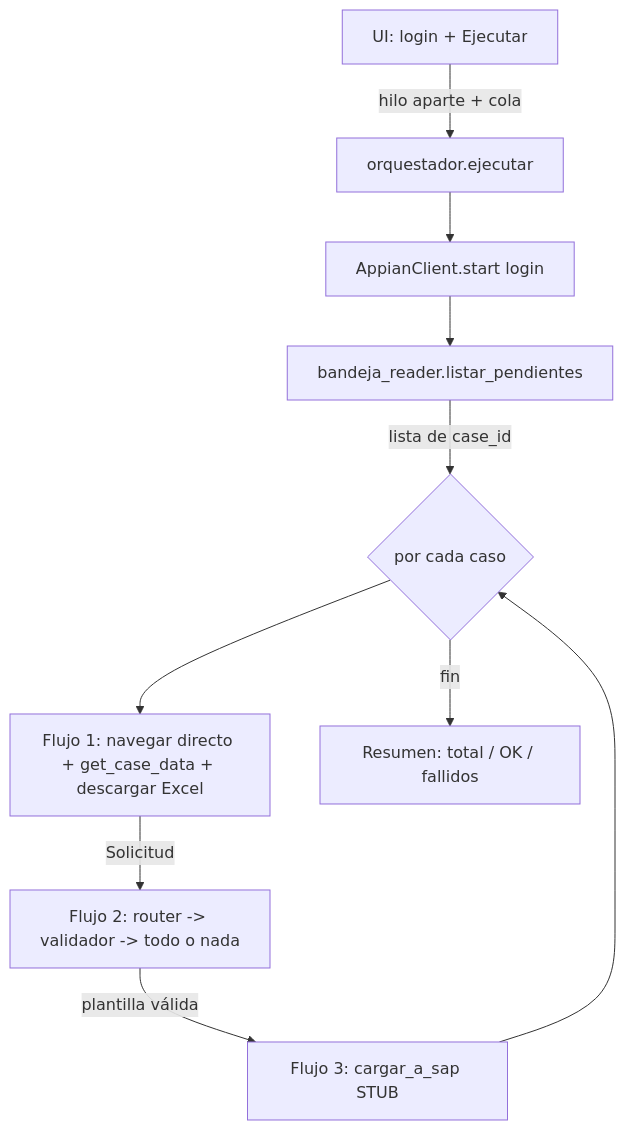
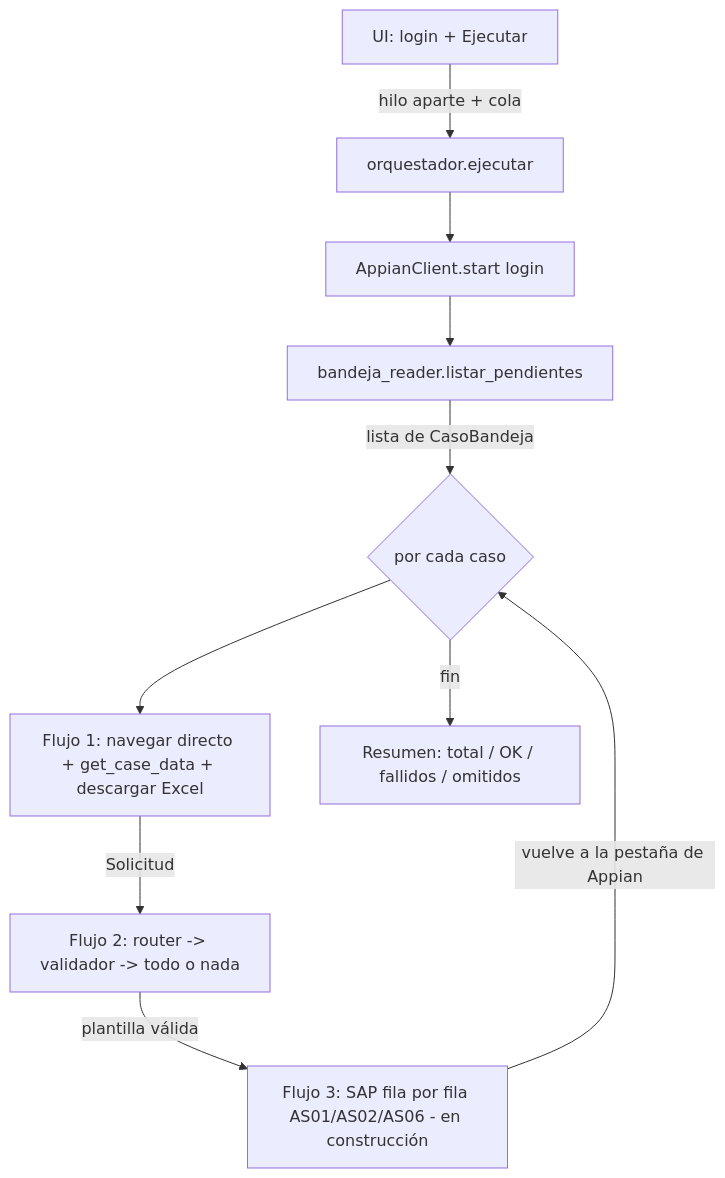
Before and after one commit to eZuLuagaRpo/activosFijos: the diagram in rpa_activos_fijos/docs/ESTADO_PROYECTO.md, drawn with Mermaid. The commit also changed other lines of this file and 18 other files, not shown here.

````diff
--- a/rpa_activos_fijos/docs/ESTADO_PROYECTO.md
+++ b/rpa_activos_fijos/docs/ESTADO_PROYECTO.md
@@ -138,12 +148,12 @@
 ```mermaid
 flowchart TD
     UI[UI: login + Ejecutar] -->|hilo aparte + cola| ORQ[orquestador.ejecutar]
     ORQ --> C[AppianClient.start login]
     C --> B[bandeja_reader.listar_pendientes]
-    B -->|lista de case_id| LOOP{por cada caso}
+    B -->|lista de CasoBandeja| LOOP{por cada caso}
     LOOP --> F1[Flujo 1: navegar directo + get_case_data + descargar Excel]
     F1 -->|Solicitud| F2[Flujo 2: router -> validador -> todo o nada]
-    F2 -->|plantilla válida| F3[Flujo 3: cargar_a_sap STUB]
-    F3 --> LOOP
-    LOOP -->|fin| R[Resumen: total / OK / fallidos]
+    F2 -->|plantilla válida| F3[Flujo 3: SAP fila por fila AS01/AS02/AS06 - en construcción]
+    F3 -->|vuelve a la pestaña de Appian| LOOP
+    LOOP -->|fin| R[Resumen: total / OK / fallidos / omitidos]
 ```
````
